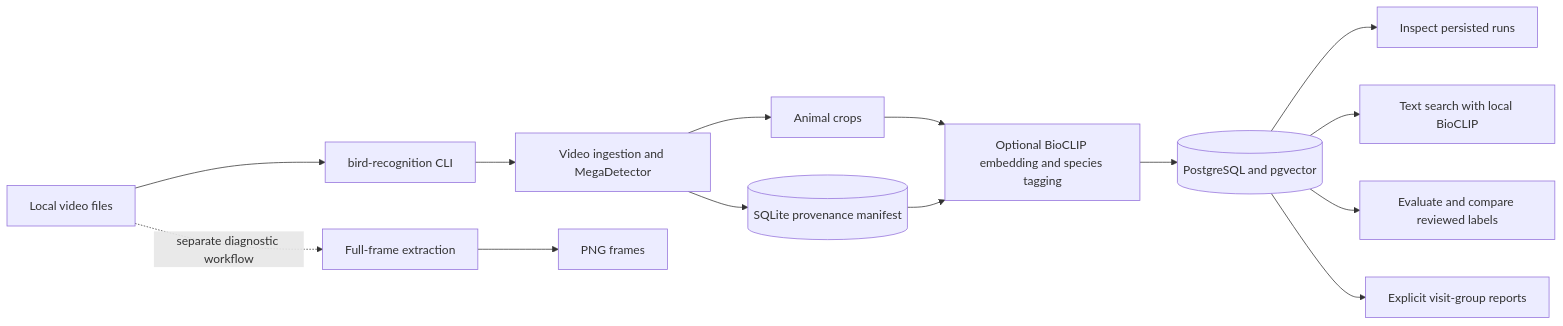
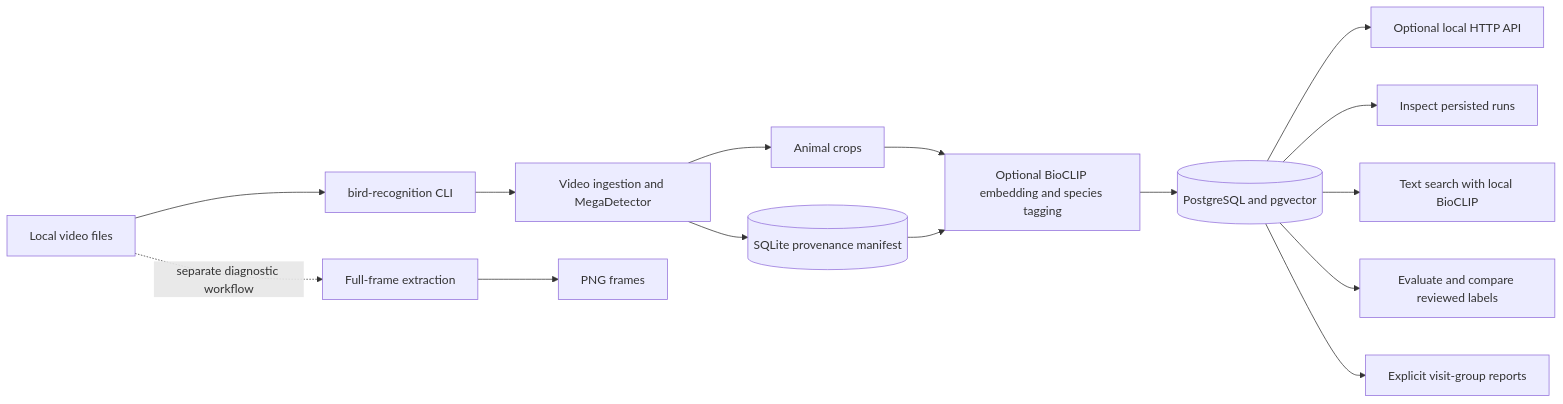
Before and after one commit to vjaaskelainen/bird_recognition: the diagram in README.md, drawn with Mermaid. The commit also changed other lines of this file and 49 other files, not shown here.

````diff
--- a/README.md
+++ b/README.md
@@ -25,16 +25,17 @@
 ```mermaid
 flowchart LR
     Videos[Local video files] --> CLI[bird-recognition CLI]
     CLI --> Ingest[Video ingestion and MegaDetector]
     Ingest --> Crops[Animal crops]
     Ingest --> Manifest[(SQLite provenance manifest)]
     Crops --> Embed[Optional BioCLIP embedding and species tagging]
     Manifest --> Embed
     Embed --> VectorDB[(PostgreSQL and pgvector)]
+    VectorDB --> API[Optional local HTTP API]
     VectorDB --> Inspect[Inspect persisted runs]
     VectorDB --> Search[Text search with local BioCLIP]
     VectorDB --> Evaluate[Evaluate and compare reviewed labels]
     VectorDB --> Visits[Explicit visit-group reports]
     Videos -. separate diagnostic workflow .-> Extract[Full-frame extraction]
     Extract --> Frames[PNG frames]
 ```
````
